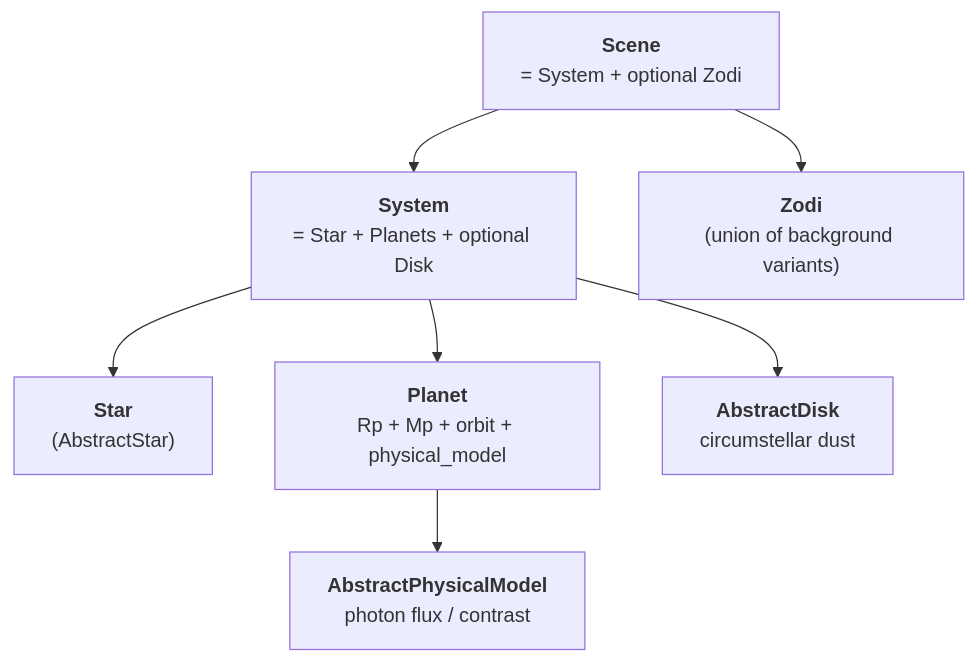
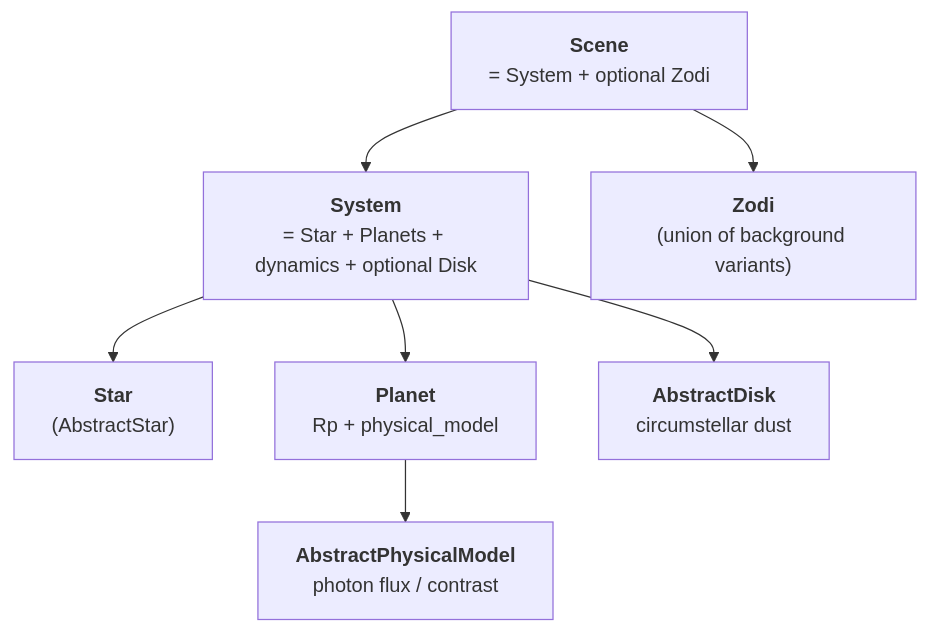
The diagram in docs/explanation/source_models.md (CoreySpohn/skyscapes), drawn with Mermaid before and after one commit. The commit also changed other lines of this file and 44 other files, not shown here.

Commit message:
feat(scene)!: the scene holds an orbix system; stars and planets are photometric only

````diff
--- a/docs/explanation/source_models.md
+++ b/docs/explanation/source_models.md
@@ -18,17 +19,17 @@
 ```mermaid
 flowchart TB
     Scene["<b>Scene</b><br/>= System + optional Zodi"]
-    System["<b>System</b><br/>= Star + Planets + optional Disk"]
+    System["<b>System</b><br/>= Star + Planets + dynamics + optional Disk"]
     Star["<b>Star</b><br/>(AbstractStar)"]
-    Planet["<b>Planet</b><br/>Rp + Mp + orbit + physical_model"]
+    Planet["<b>Planet</b><br/>Rp + physical_model"]
     Disk["<b>AbstractDisk</b><br/>circumstellar dust"]
     Zodi["<b>Zodi</b><br/>(union of background variants)"]
     PM["<b>AbstractPhysicalModel</b><br/>photon flux / contrast"]
 
     Scene --> System
     Scene --> Zodi
     System --> Star
     System --> Planet
     System --> Disk
     Planet --> PM
 ```
````
